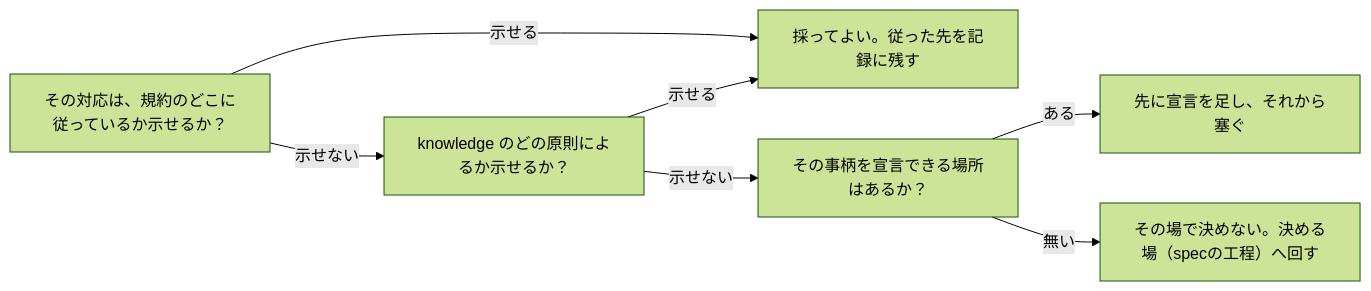
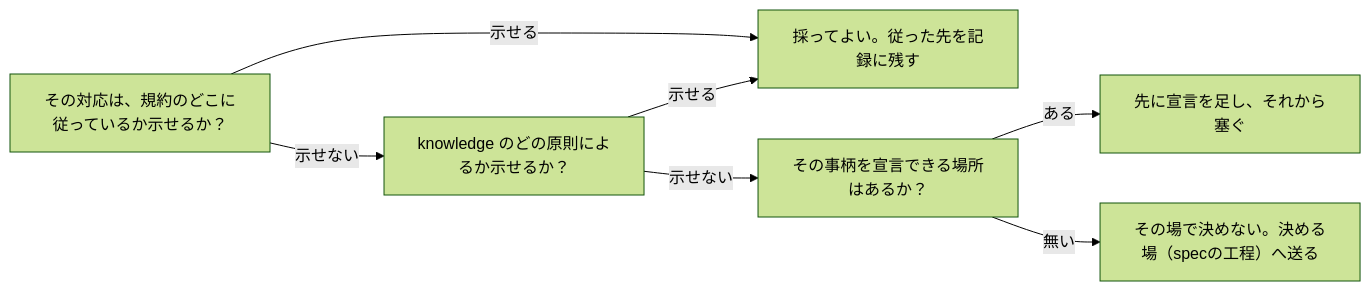
The diagram in .claude/skills/tech-lead-advisor/references/knowledge/knowledge-cand-avoidable-friction-is-not-detection.md (daidaiiro-519/daidaiiro), drawn with Mermaid (forest theme) before and after one commit. The commit also changed other lines of this file and 125 other files, not shown here.

````diff
--- a/.claude/skills/tech-lead-advisor/references/knowledge/knowledge-cand-avoidable-friction-is-not-detection.md
+++ b/.claude/skills/tech-lead-advisor/references/knowledge/knowledge-cand-avoidable-friction-is-not-detection.md
@@ -47,15 +47,15 @@
 ```mermaid
 flowchart LR
     q1["その対応は、規約のどこに従っているか示せるか？"]
     q2["knowledge のどの原則によるか示せるか？"]
     q3["その事柄を宣言できる場所はあるか？"]
     ok["採ってよい。従った先を記録に残す"]
     declare["先に宣言を足し、それから塞ぐ"]
-    hold["その場で決めない。決める場（specの工程）へ回す"]
+    hold["その場で決めない。決める場（specの工程）へ送る"]
     q1 -->|"示せる"| ok
     q1 -->|"示せない"| q2
     q2 -->|"示せる"| ok
     q2 -->|"示せない"| q3
     q3 -->|"ある"| declare
     q3 -->|"無い"| hold
 ```
````
